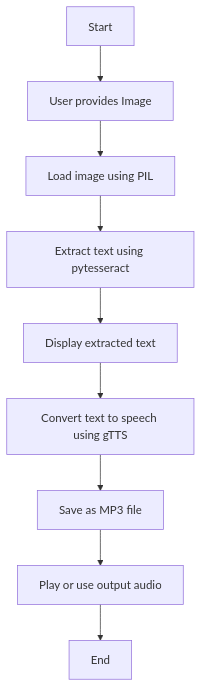
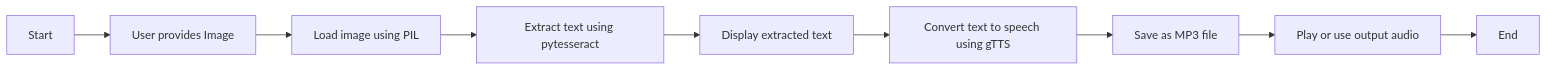
One commit to HarshitaShibe/Project-Image-to-Text-to-Audio changed the diagram in README.md. Above: the diagram before and after it, drawn with Mermaid.

````diff
--- a/README.md
+++ b/README.md
@@ -4,11 +4,11 @@
 ```mermaid
-flowchart TD
+flowchart LR
     A[Start] --> B[User provides Image]
     B --> C[Load image using PIL]
     C --> D[Extract text using pytesseract]
     D --> E[Display extracted text]
     E --> F[Convert text to speech using gTTS]
     F --> G[Save as MP3 file]
     G --> H[Play or use output audio]
     H --> I[End]
 ```
````
